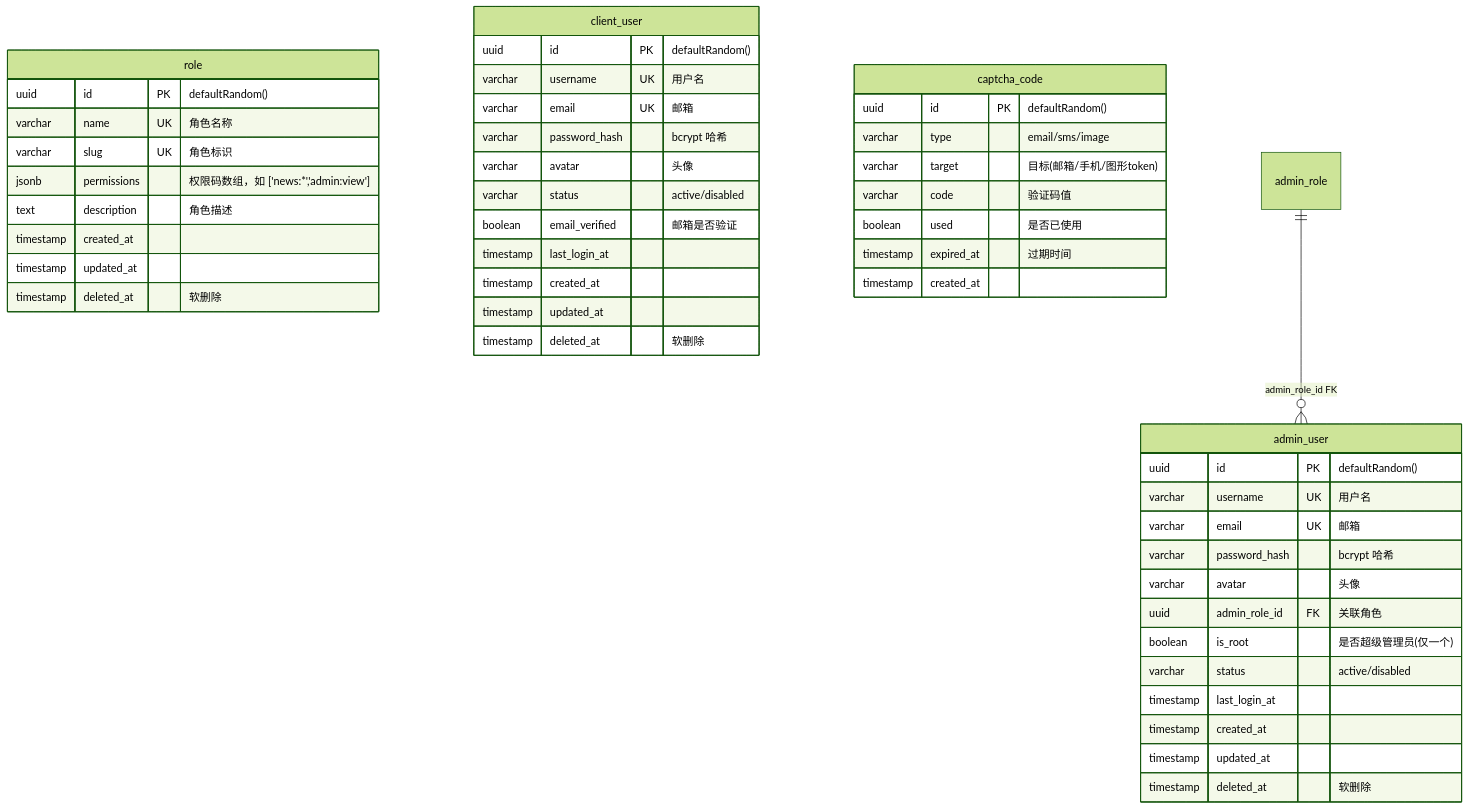
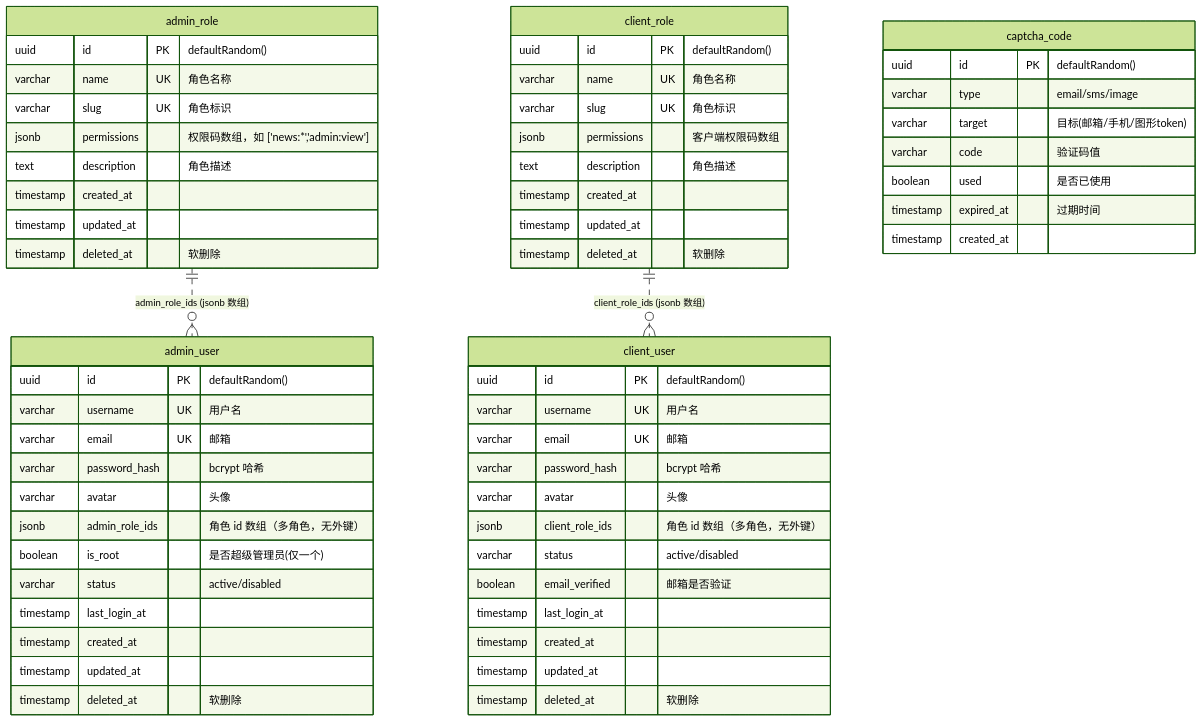
One commit to easyx-dev/fsdx changed the second of 6 diagrams in docs/auth-permission-model.md. Above: the diagram before and after it, drawn with Mermaid (forest theme). The commit also changed other lines of this file and 20 other files, not shown here.

````diff
--- a/docs/auth-permission-model.md
+++ b/docs/auth-permission-model.md
@@ -76,54 +78,67 @@
 ```mermaid
 erDiagram
-    role {
+    admin_role {
         uuid id PK "defaultRandom()"
         varchar name UK "角色名称"
         varchar slug UK "角色标识"
         jsonb permissions "权限码数组，如 ['news:*','admin:view']"
         text description "角色描述"
         timestamp created_at
         timestamp updated_at
         timestamp deleted_at "软删除"
     }
 
     admin_user {
         uuid id PK "defaultRandom()"
         varchar username UK "用户名"
         varchar email UK "邮箱"
         varchar password_hash "bcrypt 哈希"
         varchar avatar "头像"
-        uuid admin_role_id FK "关联角色"
+        jsonb admin_role_ids "角色 id 数组（多角色，无外键）"
         boolean is_root "是否超级管理员(仅一个)"
         varchar status "active/disabled"
         timestamp last_login_at
+        timestamp created_at
+        timestamp updated_at
+        timestamp deleted_at "软删除"
+    }
+
+    client_role {
+        uuid id PK "defaultRandom()"
+        varchar name UK "角色名称"
+        varchar slug UK "角色标识"
+        jsonb permissions "客户端权限码数组"
+        text description "角色描述"
         timestamp created_at
         timestamp updated_at
         timestamp deleted_at "软删除"
     }
 
     client_user {
         uuid id PK "defaultRandom()"
         varchar username UK "用户名"
         varchar email UK "邮箱"
         varchar password_hash "bcrypt 哈希"
         varchar avatar "头像"
+        jsonb client_role_ids "角色 id 数组（多角色，无外键）"
         varchar status "active/disabled"
         boolean email_verified "邮箱是否验证"
         timestamp last_login_at
         timestamp created_at
         timestamp updated_at
         timestamp deleted_at "软删除"
     }
 
     captcha_code {
         uuid id PK "defaultRandom()"
         varchar type "email/sms/image"
         varchar target "目标(邮箱/手机/图形token)"
         varchar code "验证码值"
         boolean used "是否已使用"
         timestamp expired_at "过期时间"
         timestamp created_at
     }
 
-    admin_role ||--o{ admin_user : "admin_role_id FK"
+    admin_role ||..o{ admin_user : "admin_role_ids (jsonb 数组)"
+    client_role ||..o{ client_user : "client_role_ids (jsonb 数组)"
 ```
````
